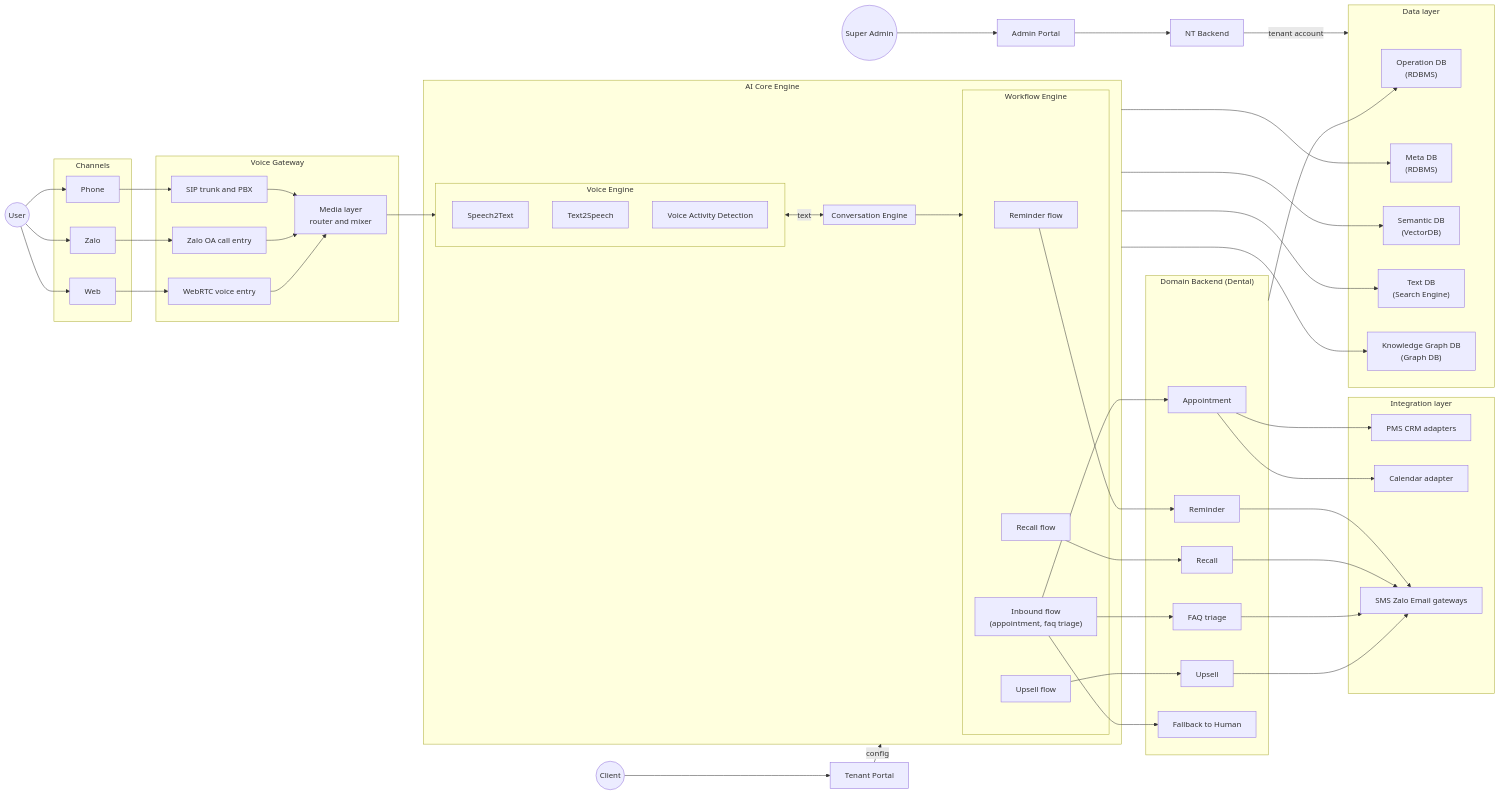
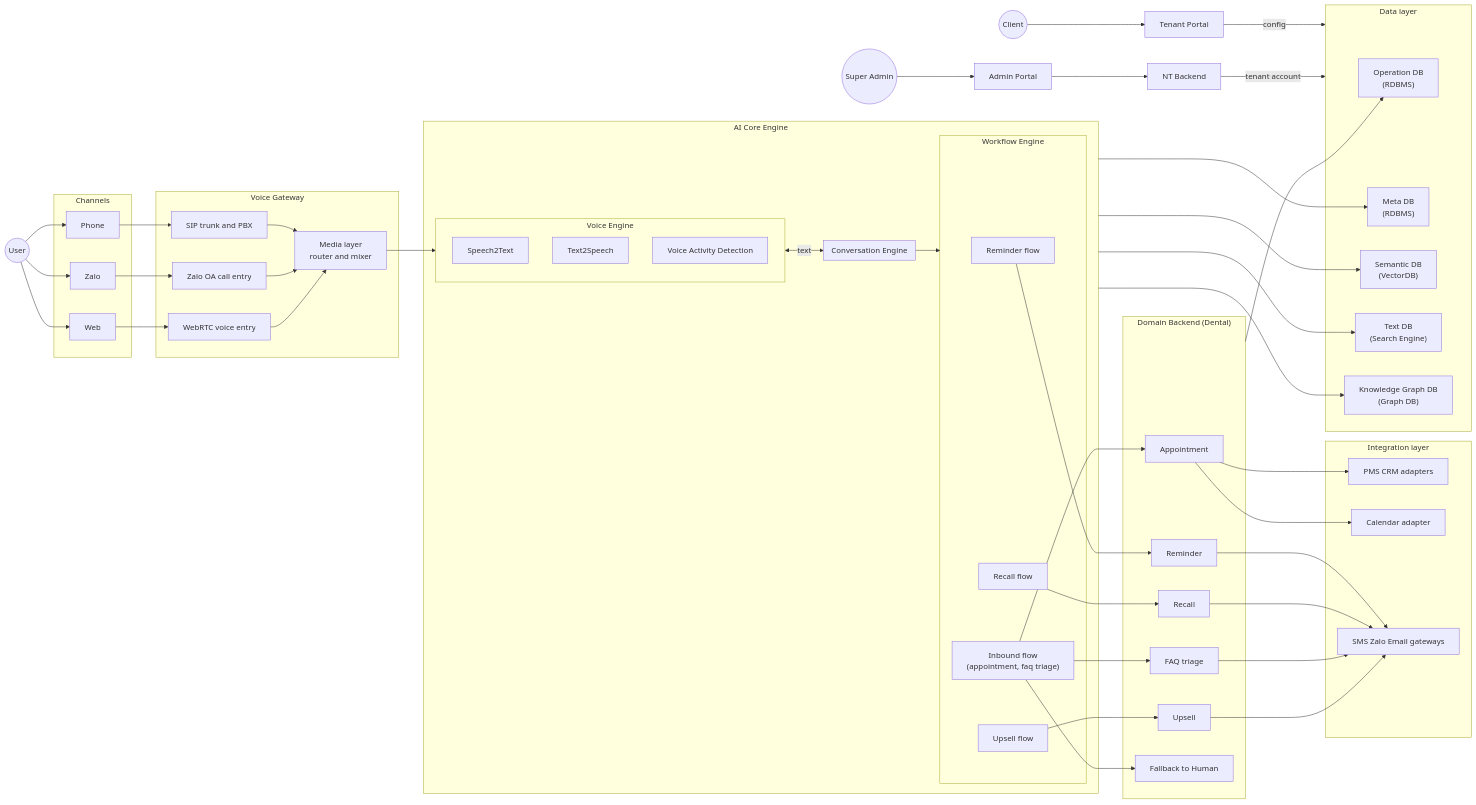
The diagram in NuiTruc/voicebot-inbound/design.md (anhttmle/CAIO), drawn with Mermaid before and after one commit.

```diff
--- a/NuiTruc/voicebot-inbound/design.md
+++ b/NuiTruc/voicebot-inbound/design.md
@@ -80,7 +80,7 @@
 
   media_layer --> voice_engine
   client --> tenant_portal
-  tenant_portal --"config"--> ai_core_engine
+  tenant_portal --"config"--> data_layer
   admin --> admin_portal
   admin_portal --> NT_be
   NT_be --"tenant account"--> data_layer
```
